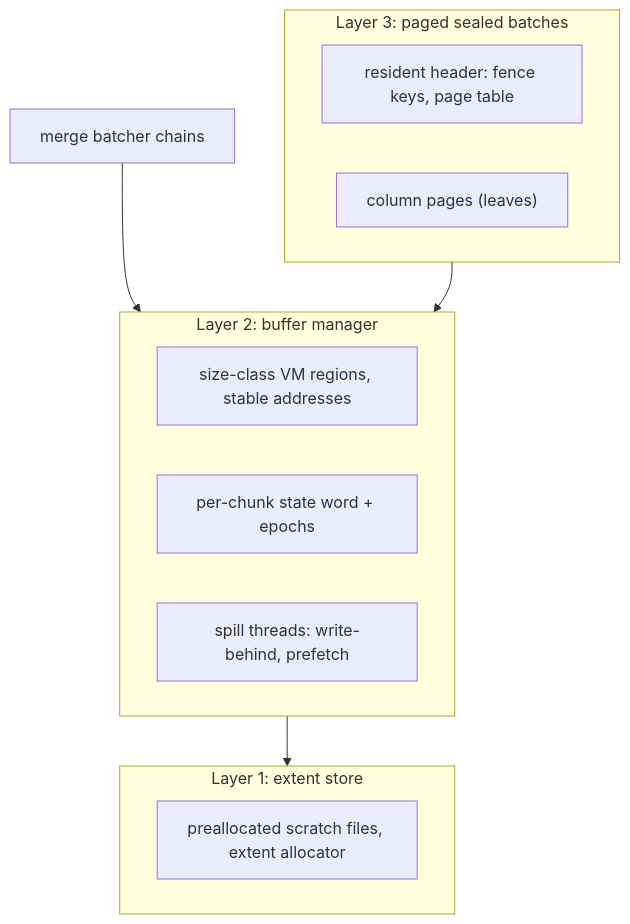
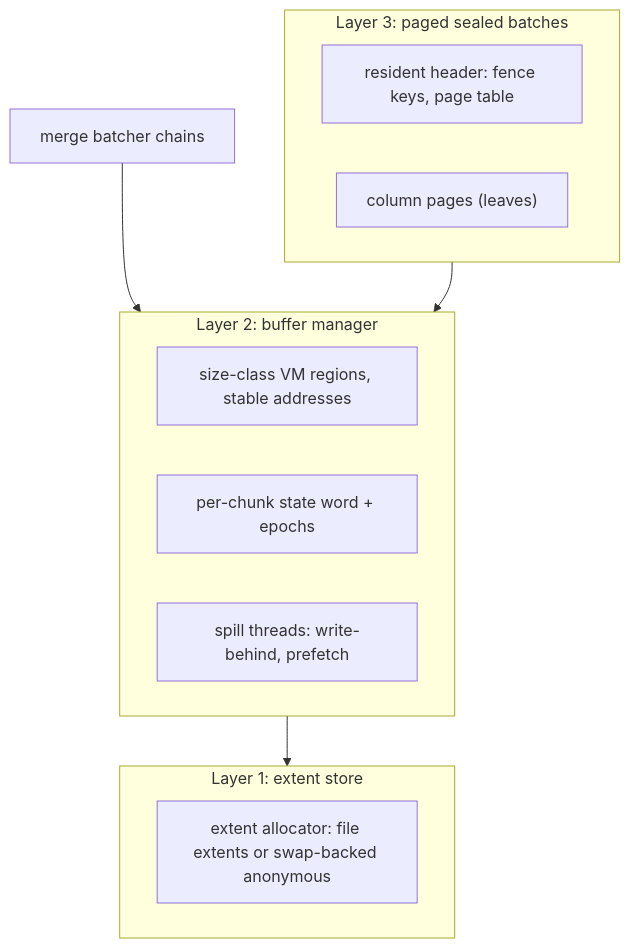
One commit to MaterializeInc/materialize changed the diagram in doc/developer/design/20260610_buffer_managed_state.md. Above: the diagram before and after it, drawn with Mermaid. The commit also changed other lines of this file, not shown here.

Commit message:
design: swap-backed extent store for filesystem-less nodes

````diff
--- a/doc/developer/design/20260610_buffer_managed_state.md
+++ b/doc/developer/design/20260610_buffer_managed_state.md
@@ -118,18 +118,18 @@
 ```mermaid
 flowchart TB
   subgraph L3["Layer 3: paged sealed batches"]
     Header["resident header: fence keys, page table"]
     Pages["column pages (leaves)"]
   end
   subgraph L2["Layer 2: buffer manager"]
     Pool["size-class VM regions, stable addresses"]
     State["per-chunk state word + epochs"]
     IO["spill threads: write-behind, prefetch"]
   end
   subgraph L1["Layer 1: extent store"]
-    Extents["preallocated scratch files, extent allocator"]
+    Extents["extent allocator: file extents or swap-backed anonymous"]
   end
   Batcher["merge batcher chains"] --> L2
   L3 --> L2
   L2 --> L1
 ```
````
